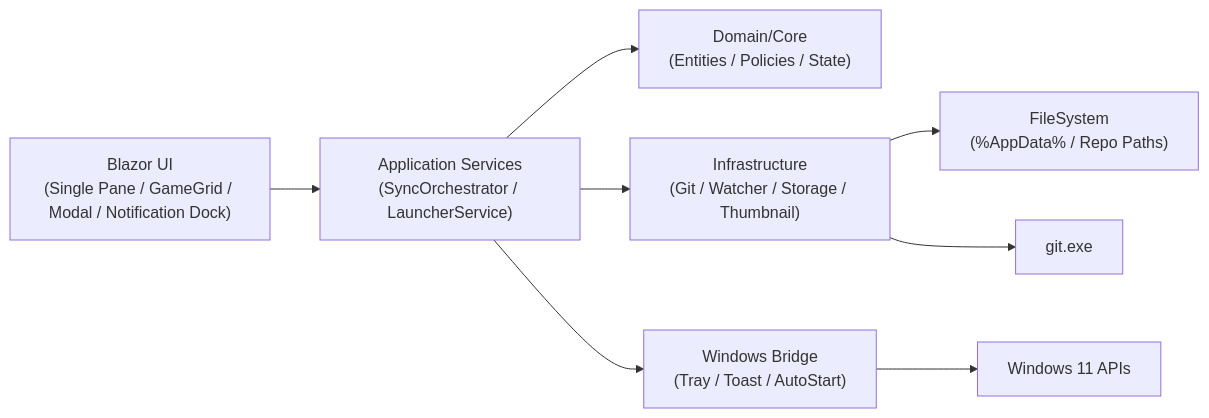
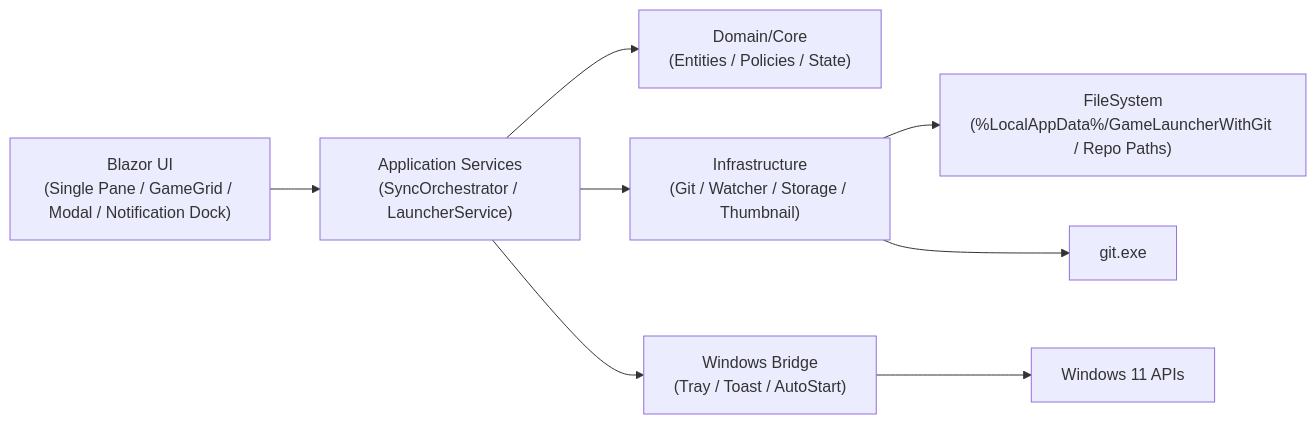
Before and after one commit to natumekazuki/GameLauncherWithGit: the first of 3 diagrams in docs/design/maui-blazor-architecture.md, drawn with Mermaid. The commit also changed other lines of this file and 7 other files, not shown here.

Commit message:
fix(storage): use stable local appdata path and update app id

````diff
--- a/docs/design/maui-blazor-architecture.md
+++ b/docs/design/maui-blazor-architecture.md
@@ -18,10 +18,10 @@
 ```mermaid
 flowchart LR
     UI["Blazor UI\n(Single Pane / GameGrid / Modal / Notification Dock)"] --> APP["Application Services\n(SyncOrchestrator / LauncherService)"]
     APP --> CORE["Domain/Core\n(Entities / Policies / State)"]
     APP --> INFRA["Infrastructure\n(Git / Watcher / Storage / Thumbnail)"]
     APP --> WIN["Windows Bridge\n(Tray / Toast / AutoStart)"]
-    INFRA --> FS["FileSystem\n(%AppData% / Repo Paths)"]
+    INFRA --> FS["FileSystem\n(%LocalAppData%/GameLauncherWithGit / Repo Paths)"]
     INFRA --> GIT["git.exe"]
     WIN --> OS["Windows 11 APIs"]
 ```
````
